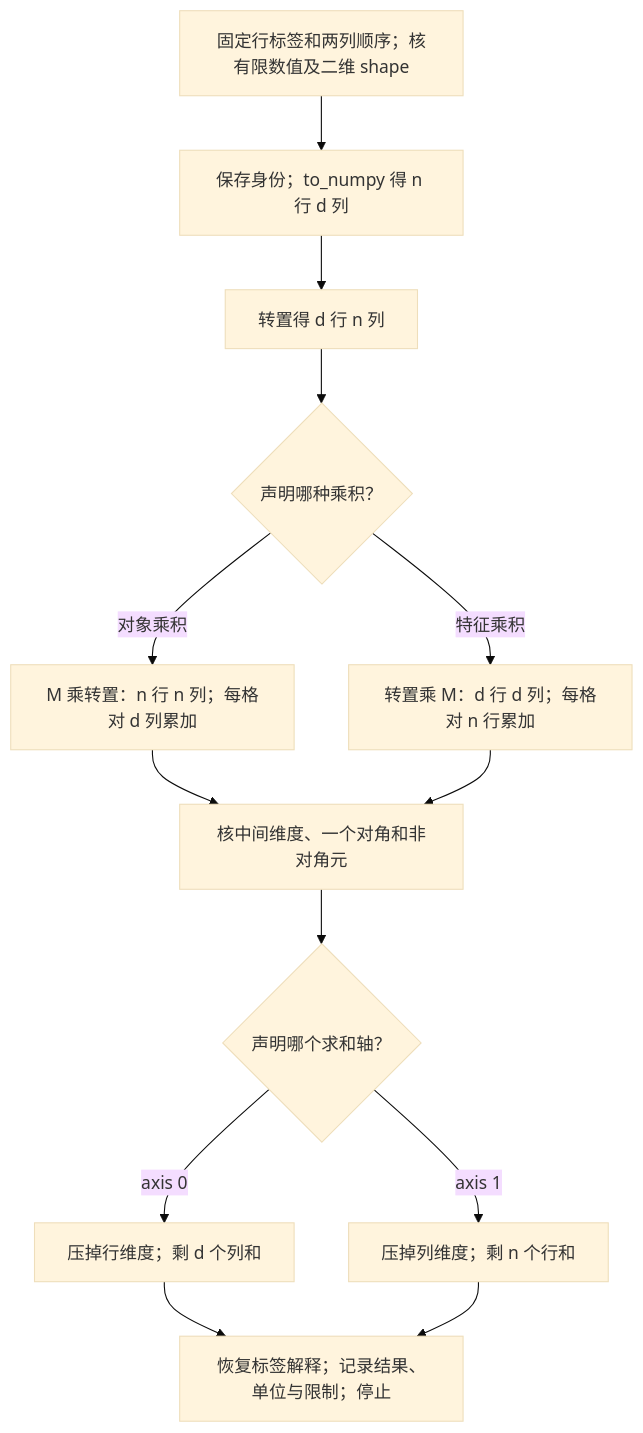
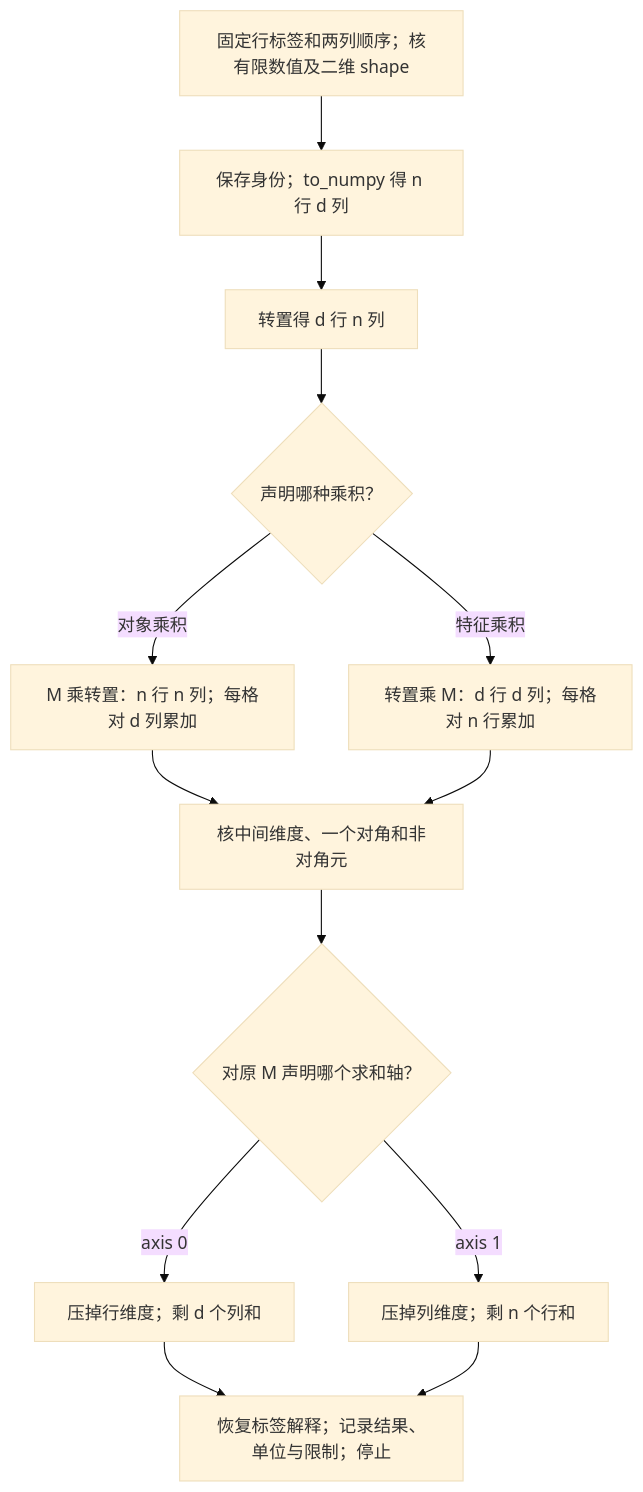
Before and after one commit to CercaTrovato/cityu-ai-course-notes: the eighth of 10 diagrams in IS6400_Business_Data_Analytics/notes/T01-Jupyter入门与Pandas基础.md, drawn with Mermaid (base theme). The commit also changed other lines of this file and 189 other files, not shown here.

````diff
--- a/IS6400_Business_Data_Analytics/notes/T01-Jupyter入门与Pandas基础.md
+++ b/IS6400_Business_Data_Analytics/notes/T01-Jupyter入门与Pandas基础.md
@@ -981,15 +1084,15 @@
 ```mermaid
 flowchart TD
     MA["固定行标签和两列顺序；核有限数值及二维 shape"] --> MB["保存身份；to_numpy 得 n 行 d 列"]
     MB --> MC["转置得 d 行 n 列"]
     MC --> MD{"声明哪种乘积？"}
     MD -->|对象乘积| ME["M 乘转置：n 行 n 列；每格对 d 列累加"]
     MD -->|特征乘积| MF["转置乘 M：d 行 d 列；每格对 n 行累加"]
     ME --> MG["核中间维度、一个对角和非对角元"]
     MF --> MG
-    MG --> MH{"声明哪个求和轴？"}
+    MG --> MH{"对原 M 声明哪个求和轴？"}
     MH -->|axis 0| MI["压掉行维度；剩 d 个列和"]
     MH -->|axis 1| MJ["压掉列维度；剩 n 个行和"]
     MI --> MK["恢复标签解释；记录结果、单位与限制；停止"]
     MJ --> MK
 ```
````
